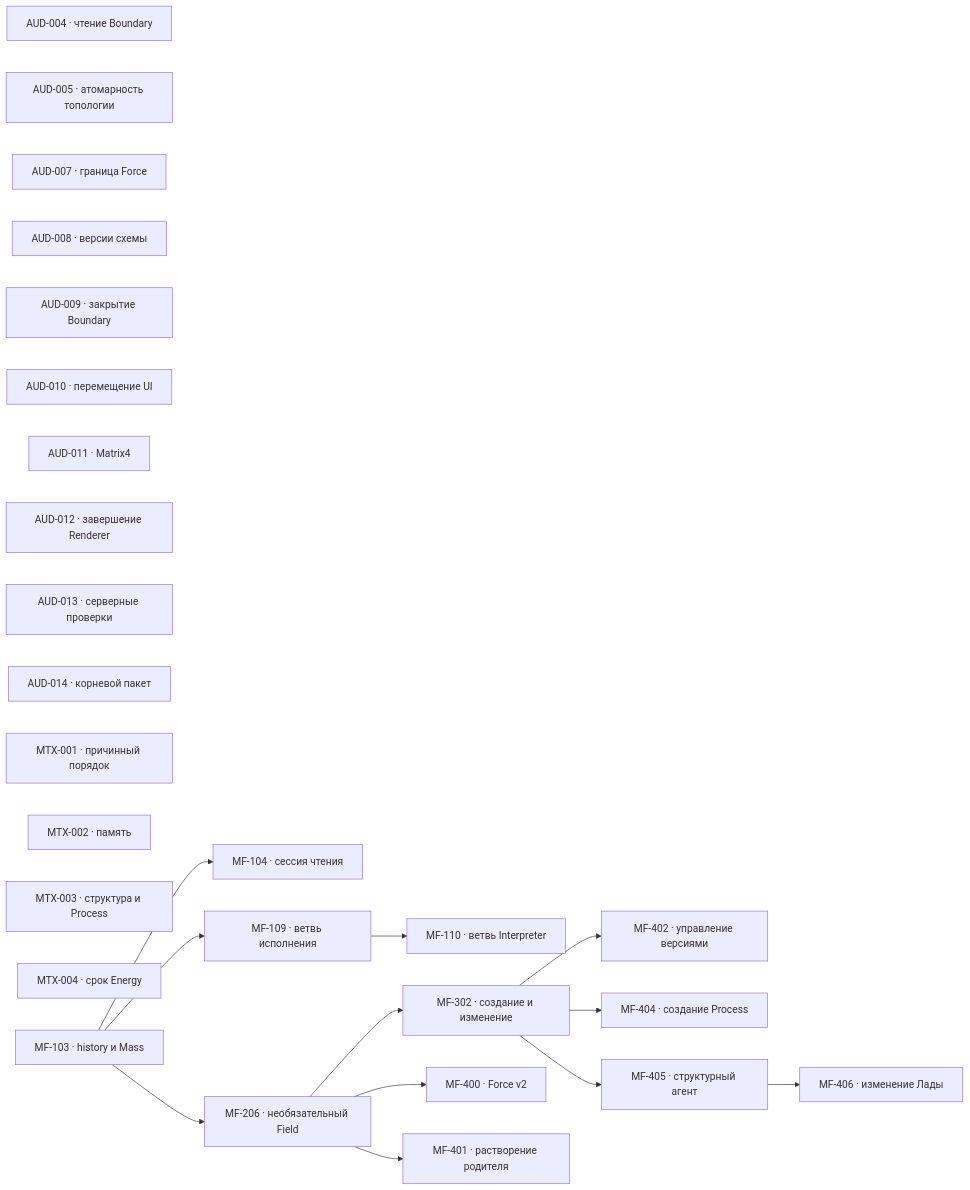
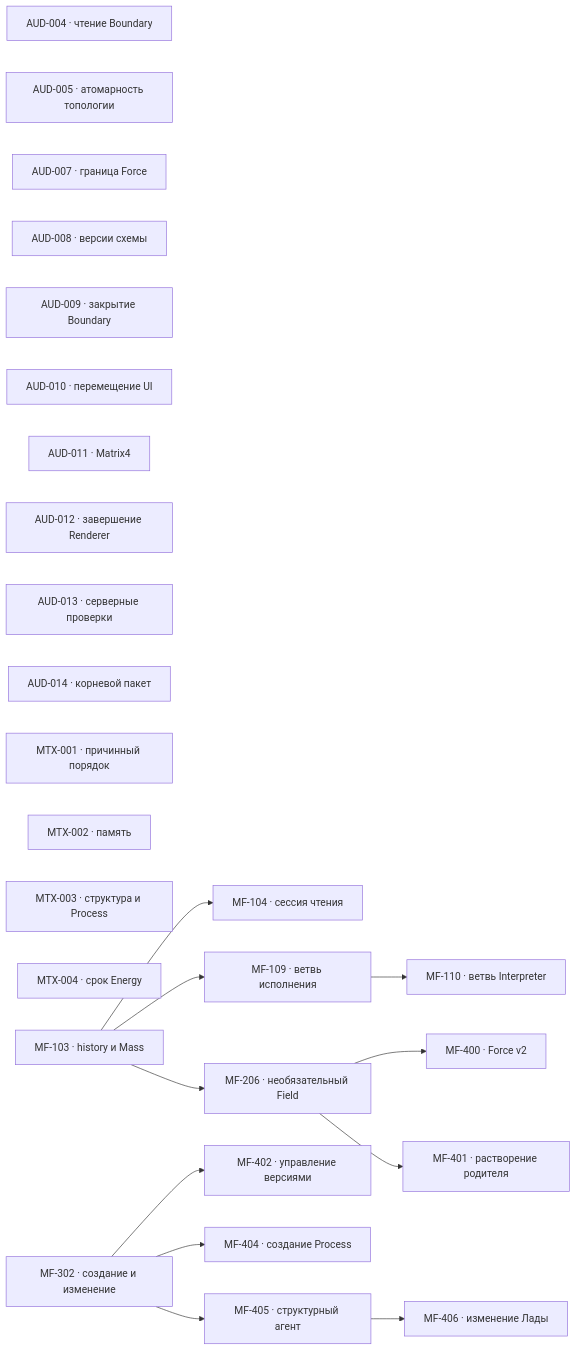
The diagram in project/TODO.md (zavx0z/metafor), drawn with Mermaid before and after one commit. The commit also changed other lines of this file and 1 other file, not shown here.

````diff
--- a/project/TODO.md
+++ b/project/TODO.md
@@ -13,41 +13,40 @@
 ```mermaid
 flowchart LR
     AUD004["AUD-004 · чтение Boundary"]
     AUD005["AUD-005 · атомарность топологии"]
     AUD007["AUD-007 · граница Force"]
     AUD008["AUD-008 · версии схемы"]
     AUD009["AUD-009 · закрытие Boundary"]
     AUD010["AUD-010 · перемещение UI"]
     AUD011["AUD-011 · Matrix4"]
     AUD012["AUD-012 · завершение Renderer"]
     AUD013["AUD-013 · серверные проверки"]
     AUD014["AUD-014 · корневой пакет"]
     MTX001["MTX-001 · причинный порядок"]
     MTX002["MTX-002 · память"]
     MTX003["MTX-003 · структура и Process"]
     MTX004["MTX-004 · срок Energy"]
     MF103["MF-103 · history и Mass"]
     MF104["MF-104 · сессия чтения"]
     MF109["MF-109 · ветвь исполнения"]
     MF110["MF-110 · ветвь Interpreter"]
     MF206["MF-206 · необязательный Field"]
     MF302["MF-302 · создание и изменение"]
     MF400["MF-400 · Force v2"]
     MF401["MF-401 · растворение родителя"]
     MF402["MF-402 · управление версиями"]
     MF404["MF-404 · создание Process"]
     MF405["MF-405 · структурный агент"]
     MF406["MF-406 · изменение Лады"]
 
     MF103 --> MF104
     MF103 --> MF109
     MF109 --> MF110
     MF103 --> MF206
-    MF206 --> MF302
     MF206 --> MF400
     MF206 --> MF401
     MF302 --> MF402
     MF302 --> MF404
     MF302 --> MF405
     MF405 --> MF406
 ```
````
